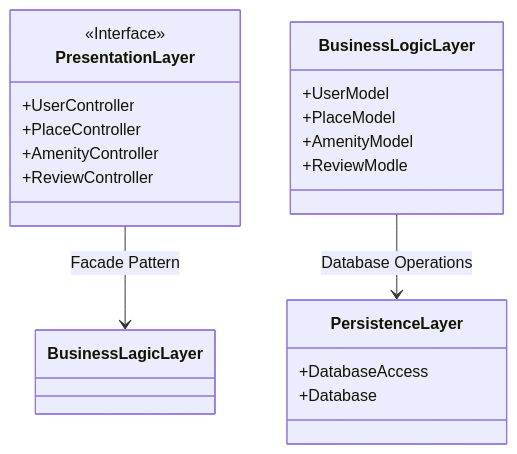
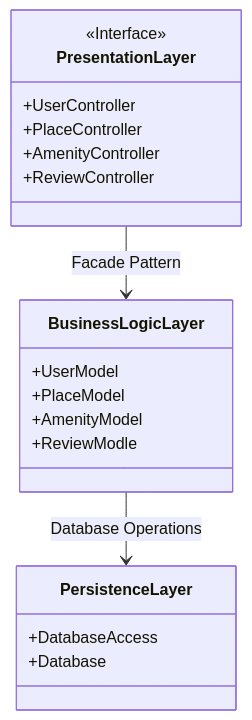
One commit to JoshuaRivera12/holbertonschool-HBnB changed the diagram in part1/task1.mmd. Above: the diagram before and after it, drawn with Mermaid.

Commit message:
fixed spelling error

```diff
--- a/part1/task1.mmd
+++ b/part1/task1.mmd
@@ -1,23 +1,23 @@
 classDiagram
   class PresentationLayer {
   <<Interface>>
   +UserController
   +PlaceController
   +AmenityController
   +ReviewController
 }
 
   class BusinessLogicLayer {
   +UserModel
   +PlaceModel
   +AmenityModel
   +ReviewModle
 }
 
   class PersistenceLayer {
   +DatabaseAccess
   +Database
 }
 
-PresentationLayer --> BusinessLagicLayer : Facade Pattern
+PresentationLayer --> BusinessLogicLayer : Facade Pattern
 BusinessLogicLayer --> PersistenceLayer : Database Operations
```
